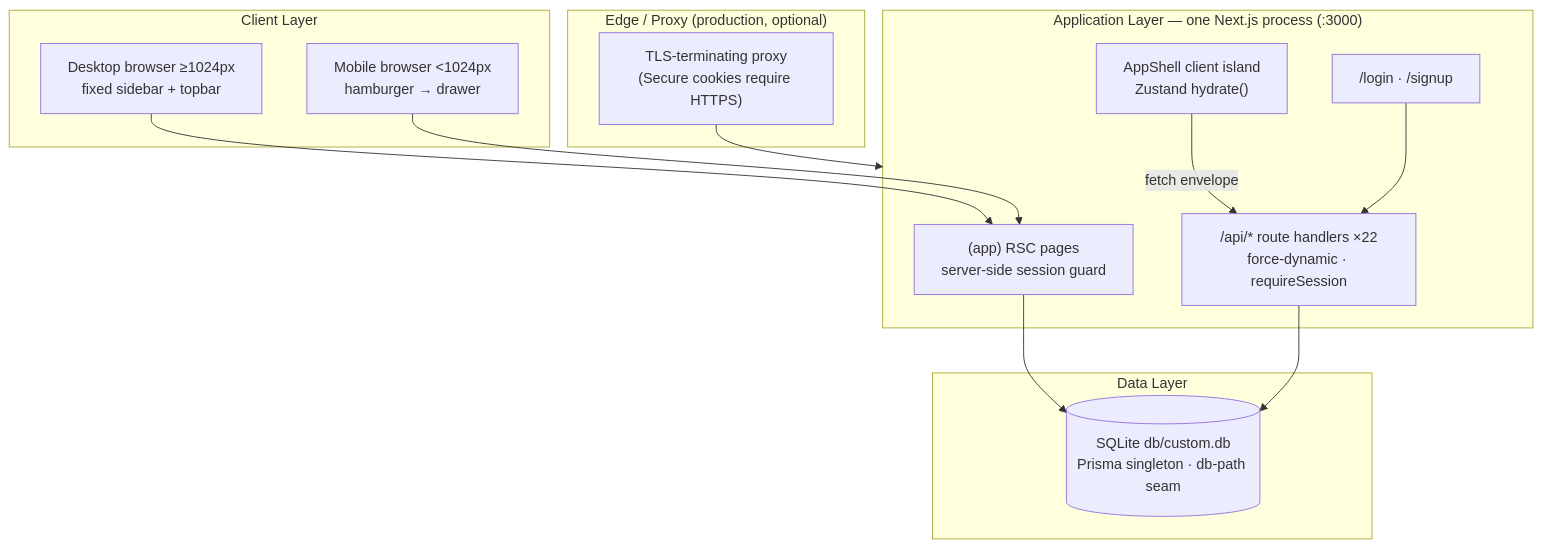
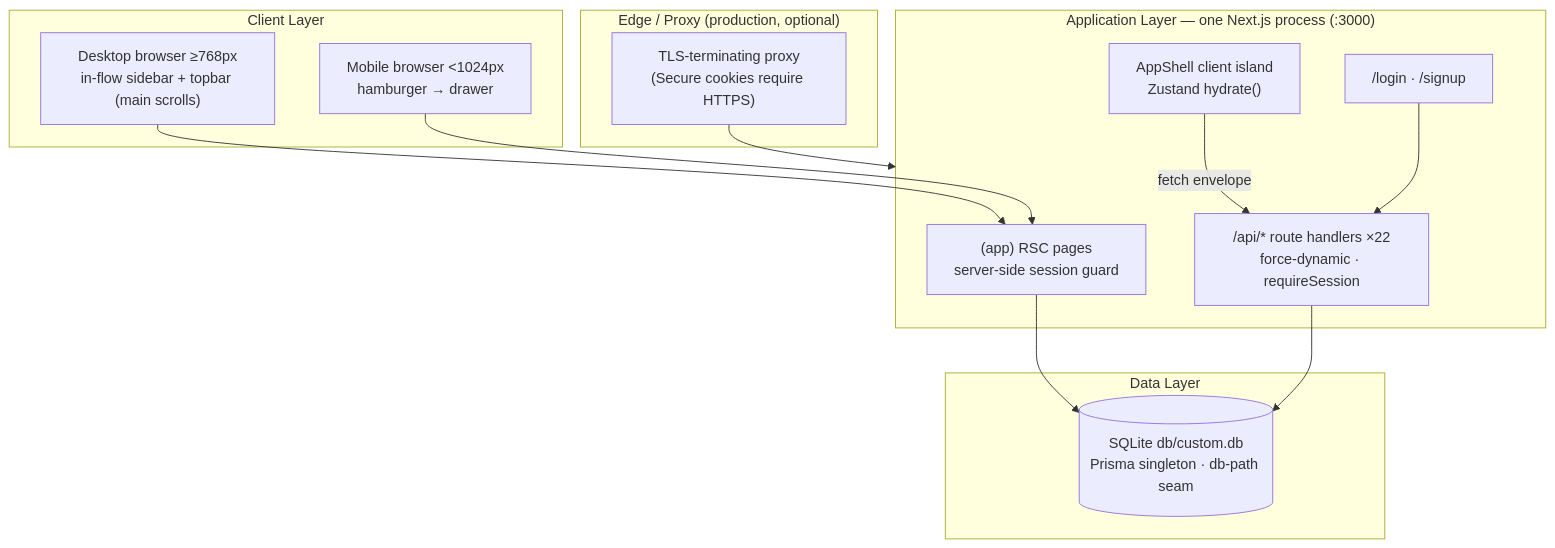
The first of 2 diagrams in Project_Architecture_Document.md (nordeim/neo-crm), drawn with Mermaid before and after one commit. The commit also changed other lines of this file and 37 other files, not shown here.

````diff
--- a/Project_Architecture_Document.md
+++ b/Project_Architecture_Document.md
@@ -239,30 +241,30 @@
 ```mermaid
 flowchart TB
   subgraph Client["Client Layer"]
-    Desktop["Desktop browser ≥1024px<br/>fixed sidebar + topbar"]
+    Desktop["Desktop browser ≥768px<br/>in-flow sidebar + topbar (main scrolls)"]
     Mobile["Mobile browser <1024px<br/>hamburger → drawer"]
   end
 
   subgraph Edge["Edge / Proxy (production, optional)"]
     TLS["TLS-terminating proxy<br/>(Secure cookies require HTTPS)"]
   end
 
   subgraph App["Application Layer — one Next.js process (:3000)"]
     RSC["(app) RSC pages<br/>server-side session guard"]
     Public["/login · /signup"]
     API["/api/* route handlers ×22<br/>force-dynamic · requireSession"]
     Shell["AppShell client island<br/>Zustand hydrate()"]
   end
 
   subgraph Data["Data Layer"]
     DB[("SQLite db/custom.db<br/>Prisma singleton · db-path seam")]
   end
 
   Desktop --> RSC
   Mobile --> RSC
   TLS --> App
   RSC --> DB
   API --> DB
   Shell -->|fetch envelope| API
   Public --> API
 ```
````
